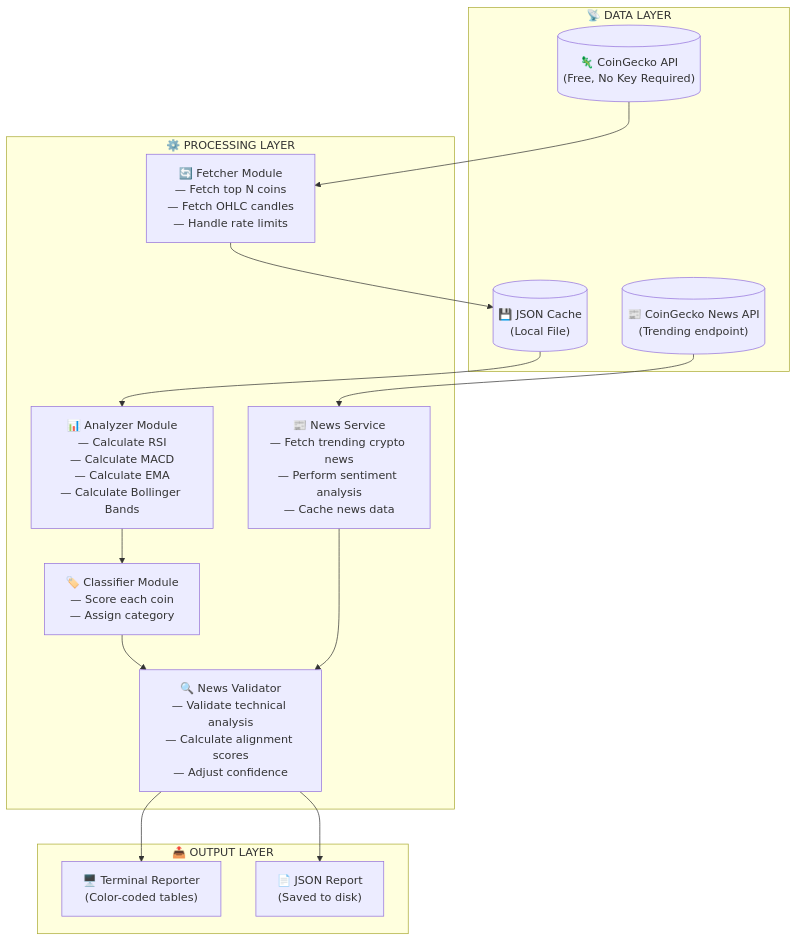
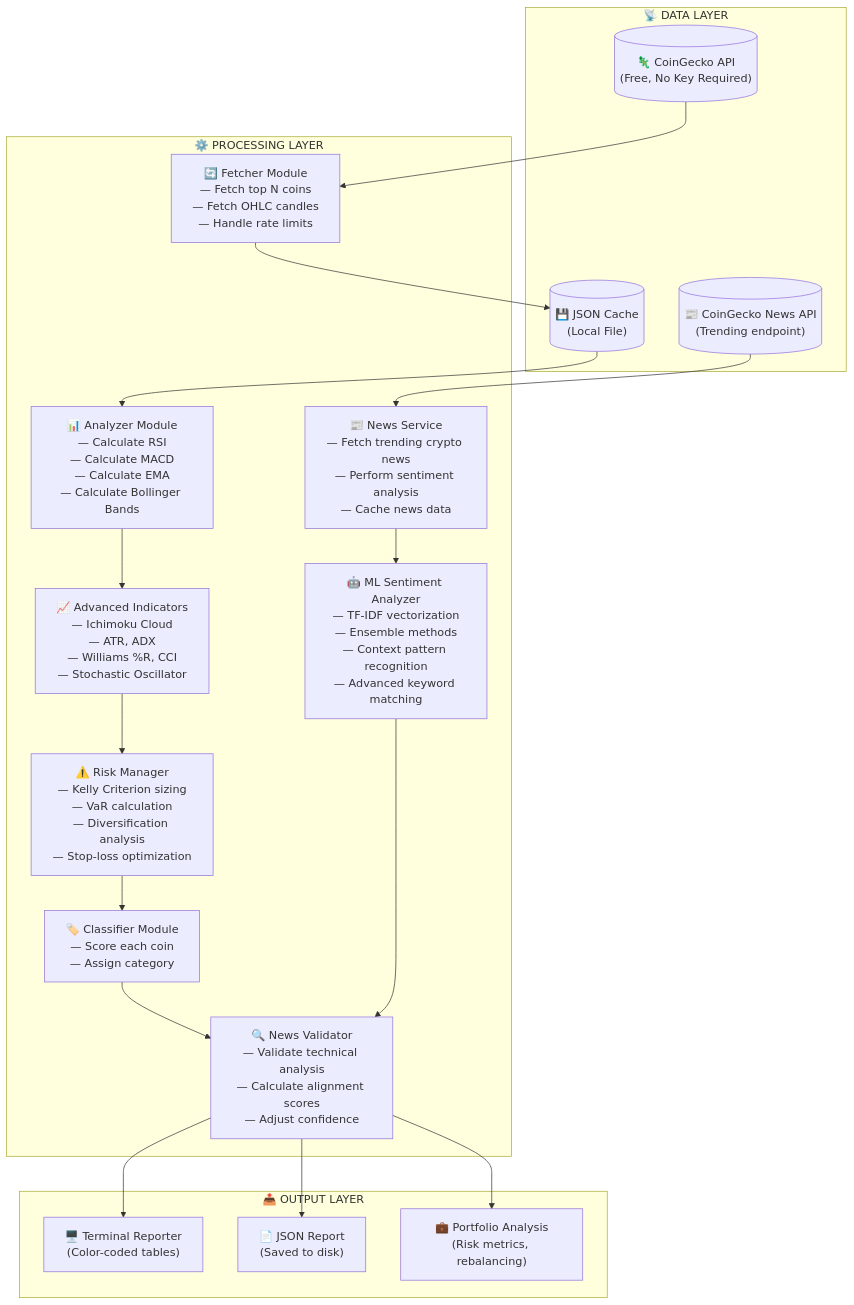
The first of 25 diagrams in Functional_Specification.md (sreekanthvaripalli/crypto-agent), drawn with Mermaid before and after one commit. The commit also changed other lines of this file and 10 other files, not shown here.

First line of the commit message:
Added features like Advanced Technical Indicators, Advanced Risk Management, ML Enhanced Sentiment Analysis, Portfolio Analysis and also update existing News Validation functionality

````diff
--- a/Functional_Specification.md
+++ b/Functional_Specification.md
@@ -30,32 +30,40 @@
 ```mermaid
 flowchart TB
     subgraph DATA_LAYER["📡 DATA LAYER"]
         CG[("🦎 CoinGecko API<br/>(Free, No Key Required)")]
         NEWS_API[("📰 CoinGecko News API<br/>(Trending endpoint)")]
         CACHE[("💾 JSON Cache<br/>(Local File)")]
     end
     
     subgraph PROCESSING["⚙️ PROCESSING LAYER"]
         FETCHER["🔄 Fetcher Module<br/>— Fetch top N coins<br/>— Fetch OHLC candles<br/>— Handle rate limits"]
         NEWS_SERVICE["📰 News Service<br/>— Fetch trending crypto news<br/>— Perform sentiment analysis<br/>— Cache news data"]
         ANALYZER["📊 Analyzer Module<br/>— Calculate RSI<br/>— Calculate MACD<br/>— Calculate EMA<br/>— Calculate Bollinger Bands"]
+        ADVANCED_INDICATORS["📈 Advanced Indicators<br/>— Ichimoku Cloud<br/>— ATR, ADX<br/>— Williams %R, CCI<br/>— Stochastic Oscillator"]
+        RISK_MANAGER["⚠️ Risk Manager<br/>— Kelly Criterion sizing<br/>— VaR calculation<br/>— Diversification analysis<br/>— Stop-loss optimization"]
+        ML_SENTIMENT["🤖 ML Sentiment Analyzer<br/>— TF-IDF vectorization<br/>— Ensemble methods<br/>— Context pattern recognition<br/>— Advanced keyword matching"]
         NEWS_VALIDATOR["🔍 News Validator<br/>— Validate technical analysis<br/>— Calculate alignment scores<br/>— Adjust confidence"]
         CLASSIFIER["🏷️ Classifier Module<br/>— Score each coin<br/>— Assign category"]
     end
     
     subgraph OUTPUT["📤 OUTPUT LAYER"]
         TERMINAL["🖥️ Terminal Reporter<br/>(Color-coded tables)"]
         JSON["📄 JSON Report<br/>(Saved to disk)"]
+        PORTFOLIO["💼 Portfolio Analysis<br/>(Risk metrics, rebalancing)"]
     end
     
     CG --> FETCHER
     FETCHER --> CACHE
     CACHE --> ANALYZER
-    ANALYZER --> CLASSIFIER
+    ANALYZER --> ADVANCED_INDICATORS
+    ADVANCED_INDICATORS --> RISK_MANAGER
+    RISK_MANAGER --> CLASSIFIER
     CLASSIFIER --> NEWS_VALIDATOR
     NEWS_VALIDATOR --> TERMINAL
     NEWS_VALIDATOR --> JSON
+    NEWS_VALIDATOR --> PORTFOLIO
     
     NEWS_API --> NEWS_SERVICE
-    NEWS_SERVICE --> NEWS_VALIDATOR
+    NEWS_SERVICE --> ML_SENTIMENT
+    ML_SENTIMENT --> NEWS_VALIDATOR
 ```
````
